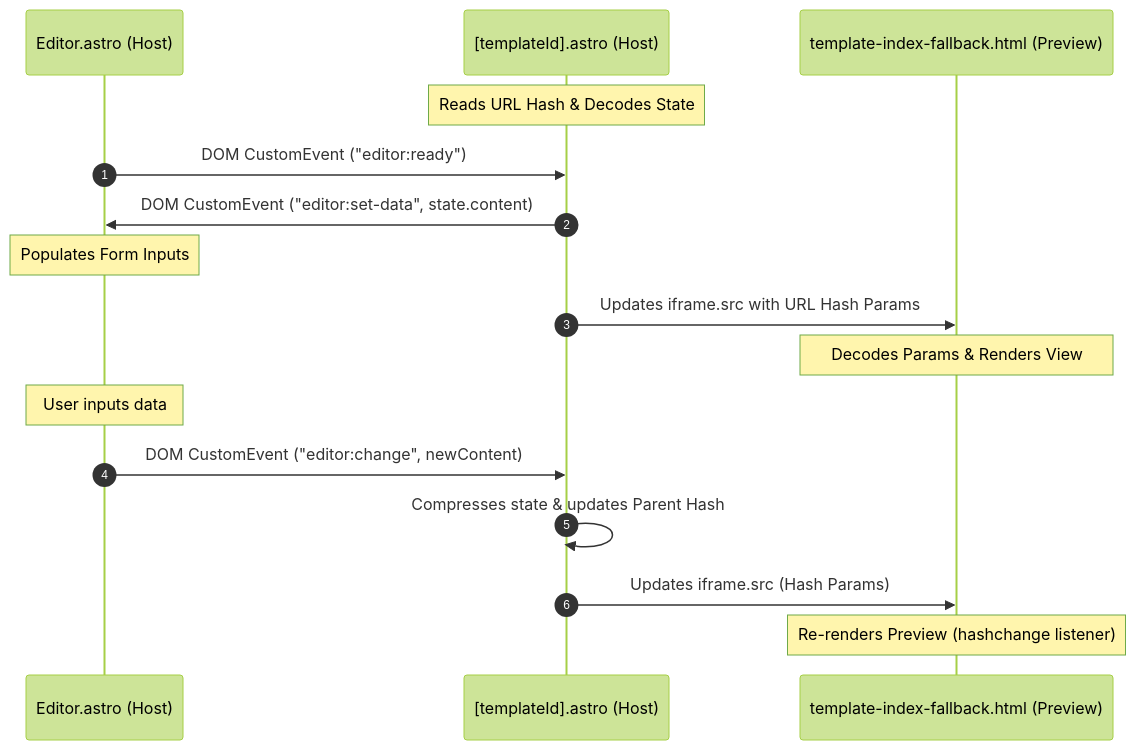
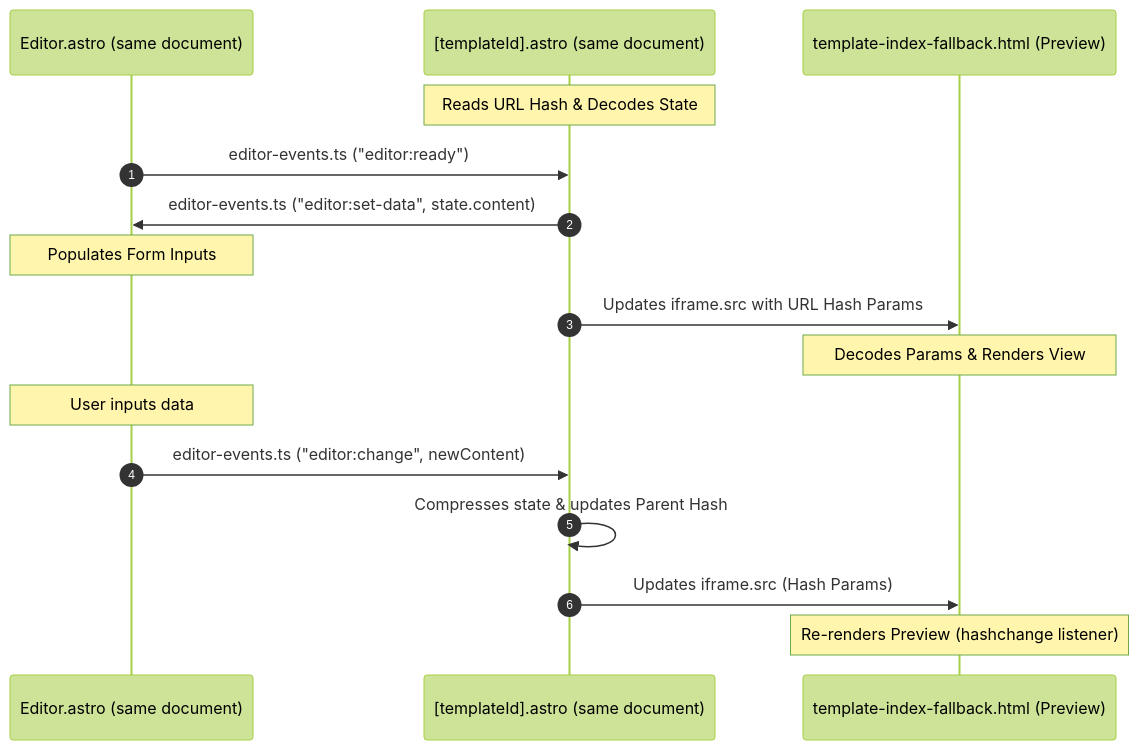
One commit to rumenpetrov/serverless-notes changed the diagram in docs/architecture.md. Above: the diagram before and after it, drawn with Mermaid (forest theme). The commit also changed other lines of this file and 4 other files, not shown here.

Commit message:
Improve editor events and load order

````diff
--- a/docs/architecture.md
+++ b/docs/architecture.md
@@ -53,20 +53,20 @@
 ```mermaid
 sequenceDiagram
     autonumber
-    participant Editor as Editor.astro (Host)
-    participant Host as [templateId].astro (Host)
+    participant Editor as Editor.astro (same document)
+    participant Host as [templateId].astro (same document)
     participant Iframe as template-index-fallback.html (Preview)
 
     Note over Host: Reads URL Hash & Decodes State
-    Editor->>Host: DOM CustomEvent ("editor:ready")
-    Host->>Editor: DOM CustomEvent ("editor:set-data", state.content)
+    Editor->>Host: editor-events.ts ("editor:ready")
+    Host->>Editor: editor-events.ts ("editor:set-data", state.content)
     Note over Editor: Populates Form Inputs
     Host->>Iframe: Updates iframe.src with URL Hash Params
     Note over Iframe: Decodes Params & Renders View
 
     Note over Editor: User inputs data
-    Editor->>Host: DOM CustomEvent ("editor:change", newContent)
+    Editor->>Host: editor-events.ts ("editor:change", newContent)
     Host->>Host: Compresses state & updates Parent Hash
     Host->>Iframe: Updates iframe.src (Hash Params)
     Note over Iframe: Re-renders Preview (hashchange listener)
 ```
````
